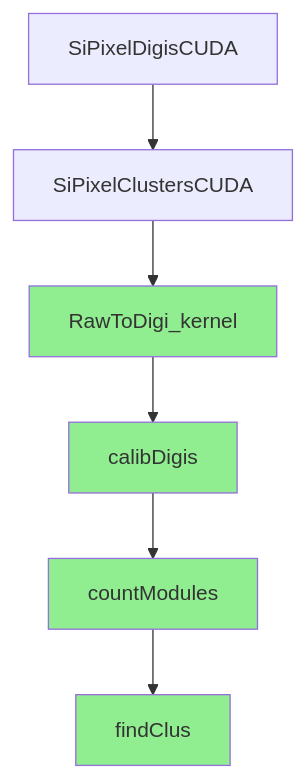
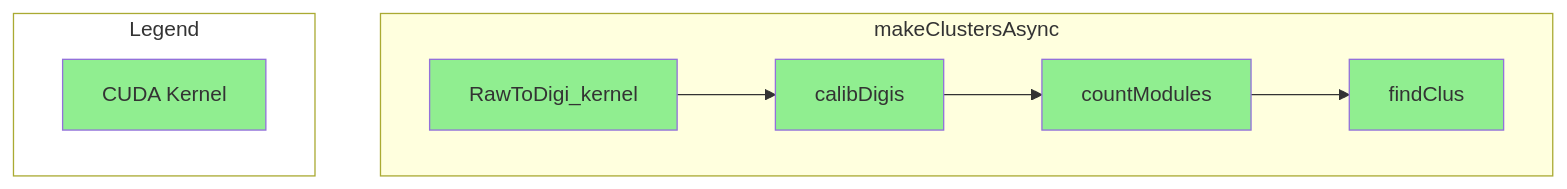
One commit to CMSTrackerDPG/cms-tkdpg-software-knowledge-transfer changed the diagram in docs/cmssw/gpu/SiPixelRawToClusterGPUKernel-overview.md. Above: the diagram before and after it, drawn with Mermaid. The commit also changed other lines of this file and 5 other files, not shown here.

````diff
--- a/docs/cmssw/gpu/SiPixelRawToClusterGPUKernel-overview.md
+++ b/docs/cmssw/gpu/SiPixelRawToClusterGPUKernel-overview.md
@@ -25,13 +34,20 @@
 ```mermaid
 graph TB
-	A[SiPixelDigisCUDA] --> B[SiPixelClustersCUDA]
-	B --> C[RawToDigi_kernel]
-	C --> D[calibDigis]
-	D --> E[countModules]
-	E --> F[findClus]
 	
-	style C fill:lightgreen
-	style D fill:lightgreen	
-	style E fill:lightgreen	
-	style F fill:lightgreen	
+	subgraph makeClustersAsync
+		C[RawToDigi_kernel] --> D[calibDigis]
+		D --> E[countModules]
+		E --> F[findClus]
+	
+		style C fill:lightgreen
+		style D fill:lightgreen	
+		style E fill:lightgreen	
+		style F fill:lightgreen	
+	end
+	
+	subgraph Legend
+		A[CUDA Kernel]
+		style A fill:lightgreen
+		style Legend fill:none
+	end
 ```
````
